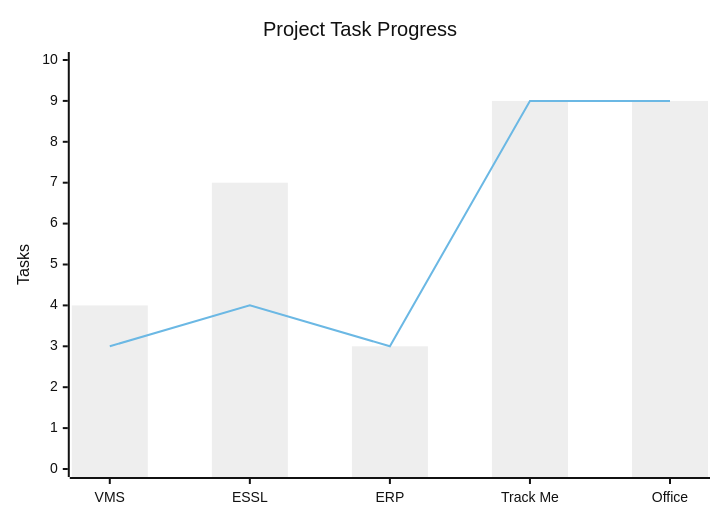
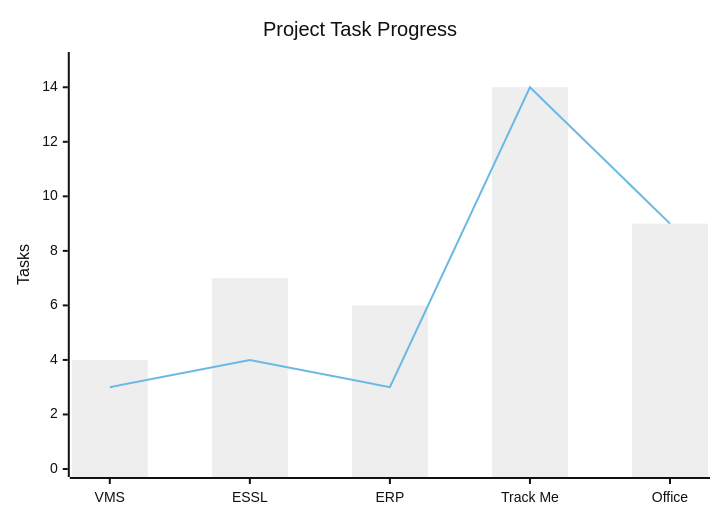
One commit to Realityspeaker/My-Work-Diary changed the second of 2 diagrams in Global_Summary.md. Above: the diagram before and after it, drawn with Mermaid (neutral theme). The commit also changed other lines of this file, not shown here.

````diff
--- a/Global_Summary.md
+++ b/Global_Summary.md
@@ -63,8 +67,8 @@
 ```mermaid
 xychart-beta
     title "Project Task Progress"
     x-axis ["VMS", "ESSL", "ERP", "Track Me", "Office"]
-    y-axis "Tasks" 0 --> 10
-    bar [4, 7, 3, 9, 9]
-    line [3, 4, 3, 9, 9]
+    y-axis "Tasks" 0 --> 15
+    bar [4, 7, 6, 14, 9]
+    line [3, 4, 3, 14, 9]
 ```
````
